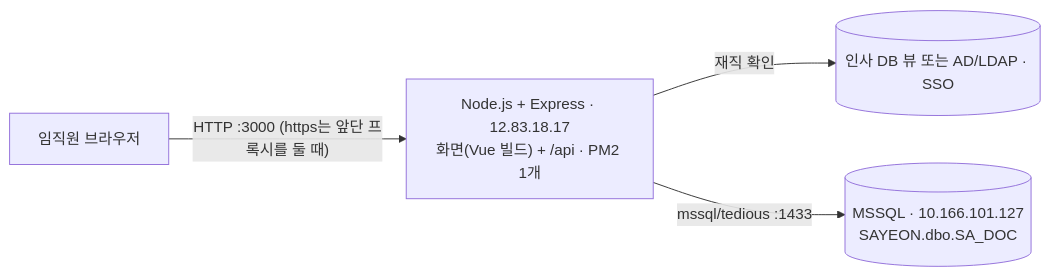
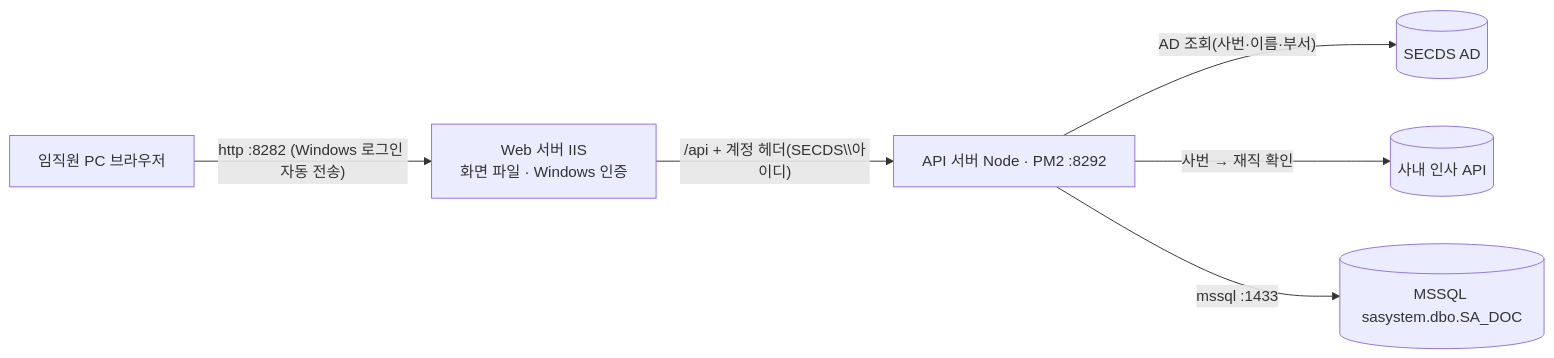
The diagram in docs/DESIGN.md (gangsane-lee/sa), drawn with Mermaid before and after one commit. The commit also changed other lines of this file and 36 other files, not shown here.

First line of the commit message:
서버 기준정보 마스터(servers.config.mjs)와 오프라인 배포·점검, IIS→AD→인사 API 로그인

````diff
--- a/docs/DESIGN.md
+++ b/docs/DESIGN.md
@@ -9,6 +9,8 @@
 ```mermaid
 flowchart LR
-  U[임직원 브라우저] -- "HTTP :3000 (https는 앞단 프록시를 둘 때)" --> N["Node.js + Express · 12.83.18.17<br/>화면(Vue 빌드) + /api · PM2 1개"]
-  N -- 재직 확인 --> H[("인사 DB 뷰 또는 AD/LDAP · SSO")]
-  N -- "mssql/tedious :1433" --> D[("MSSQL · 10.166.101.127<br/>SAYEON.dbo.SA_DOC")]
+  U[임직원 PC 브라우저] -- "http :8282 (Windows 로그인 자동 전송)" --> W["Web 서버 IIS<br/>화면 파일 · Windows 인증"]
+  W -- "/api + 계정 헤더(SECDS\\아이디)" --> N["API 서버 Node · PM2 :8292"]
+  N -- "AD 조회(사번·이름·부서)" --> AD[("SECDS AD")]
+  N -- "사번 → 재직 확인" --> H[("사내 인사 API")]
+  N -- "mssql :1433" --> D[("MSSQL sasystem.dbo.SA_DOC")]
 ```
````
